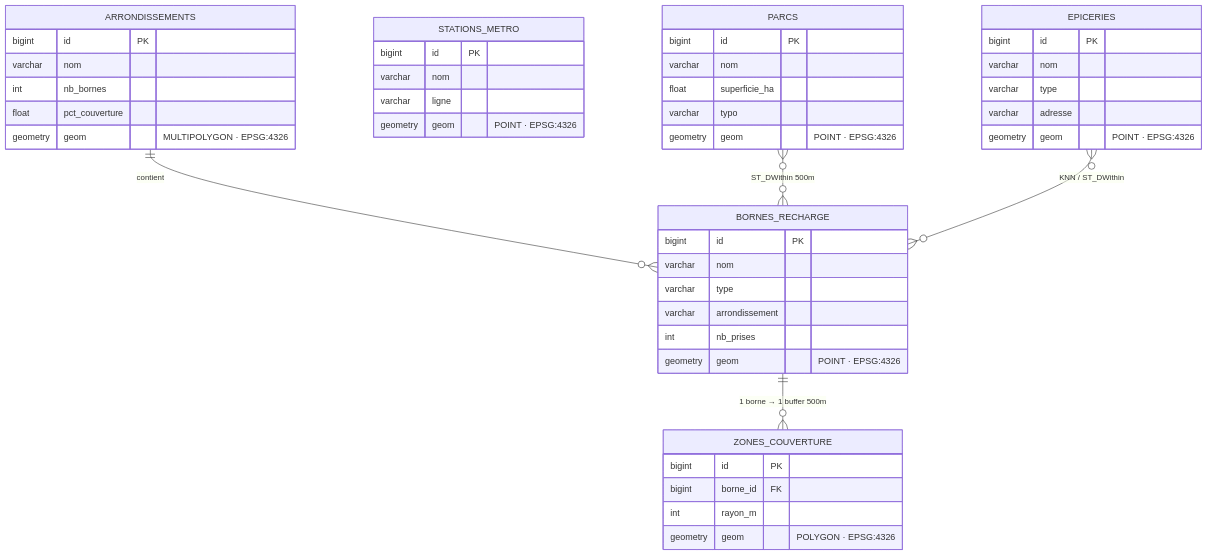
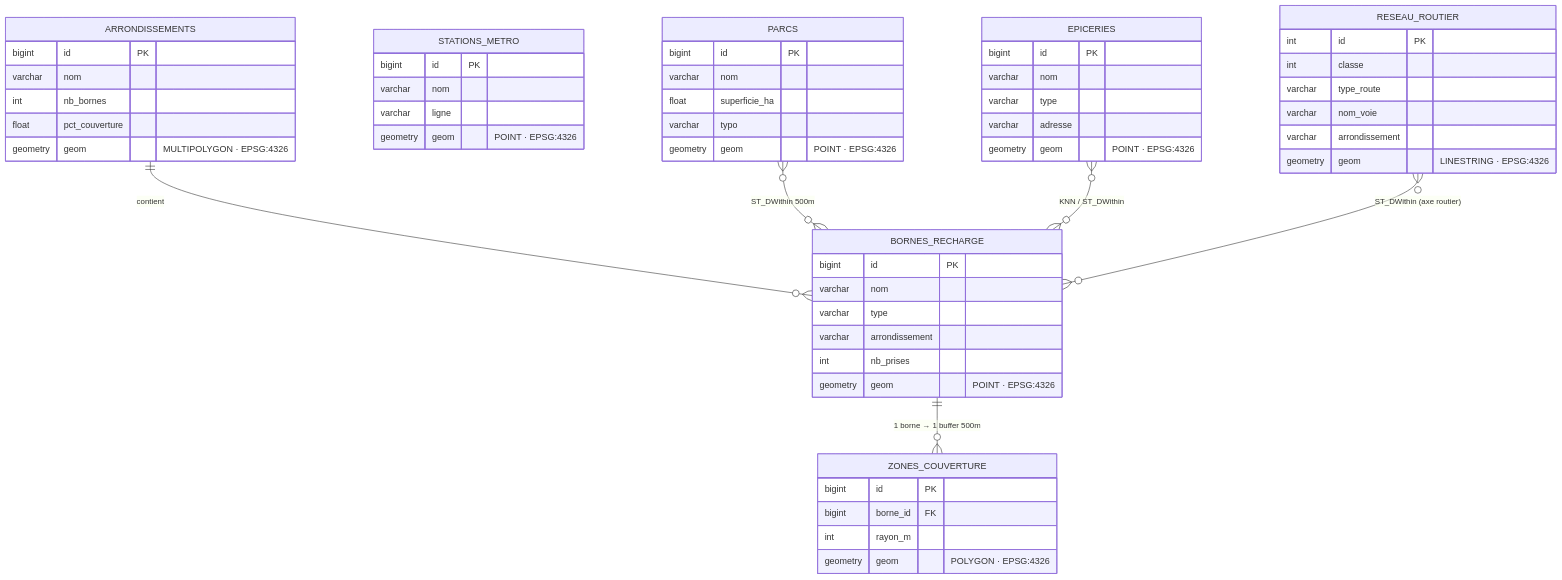
Before and after one commit to modou5604501/projet_Session: the second of 2 diagrams in README.md, drawn with Mermaid. The commit also changed other lines of this file and 7 other files, not shown here.

First line of the commit message:
feat: intégration réseau routier Géobase (CLASSE >= 5, 17 540 tronçons)

````diff
--- a/README.md
+++ b/README.md
@@ -106,49 +108,58 @@
 ```mermaid
 erDiagram
     BORNES_RECHARGE {
         bigint id PK
         varchar nom
         varchar type
         varchar arrondissement
         int nb_prises
         geometry geom "POINT · EPSG:4326"
     }
     ZONES_COUVERTURE {
         bigint id PK
         bigint borne_id FK
         int rayon_m
         geometry geom "POLYGON · EPSG:4326"
     }
     ARRONDISSEMENTS {
         bigint id PK
         varchar nom
         int nb_bornes
         float pct_couverture
         geometry geom "MULTIPOLYGON · EPSG:4326"
     }
     STATIONS_METRO {
         bigint id PK
         varchar nom
         varchar ligne
         geometry geom "POINT · EPSG:4326"
     }
     PARCS {
         bigint id PK
         varchar nom
         float superficie_ha
         varchar typo
         geometry geom "POINT · EPSG:4326"
     }
     EPICERIES {
         bigint id PK
         varchar nom
         varchar type
         varchar adresse
         geometry geom "POINT · EPSG:4326"
     }
+    RESEAU_ROUTIER {
+        int id PK
+        int classe
+        varchar type_route
+        varchar nom_voie
+        varchar arrondissement
+        geometry geom "LINESTRING · EPSG:4326"
+    }
 
     BORNES_RECHARGE ||--o{ ZONES_COUVERTURE : "1 borne → 1 buffer 500m"
     ARRONDISSEMENTS ||--o{ BORNES_RECHARGE : "contient"
     PARCS }o--o{ BORNES_RECHARGE : "ST_DWithin 500m"
     EPICERIES }o--o{ BORNES_RECHARGE : "KNN / ST_DWithin"
+    RESEAU_ROUTIER }o--o{ BORNES_RECHARGE : "ST_DWithin (axe routier)"
 ```
````
